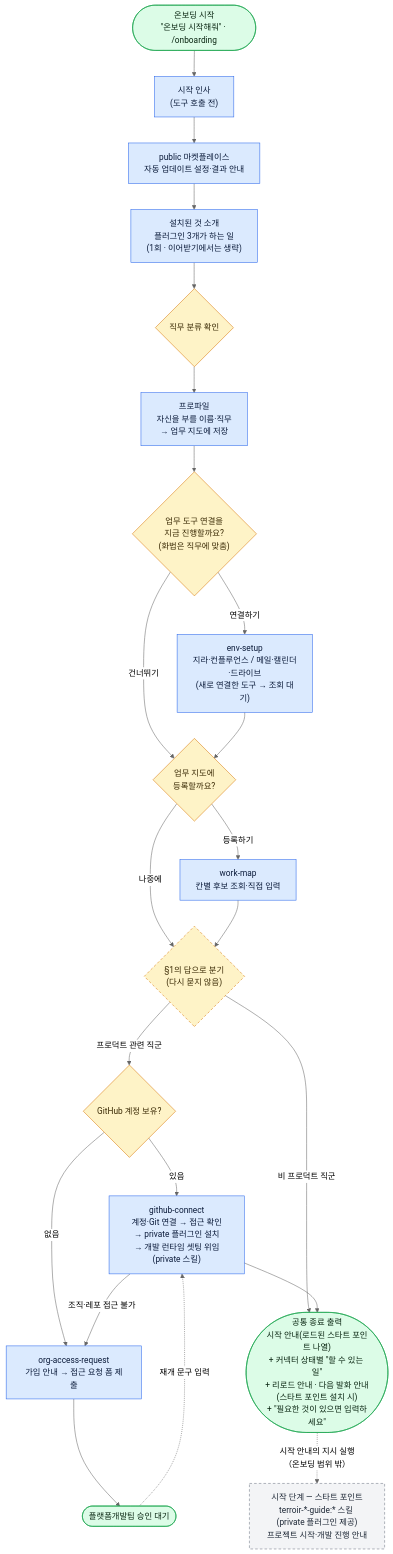
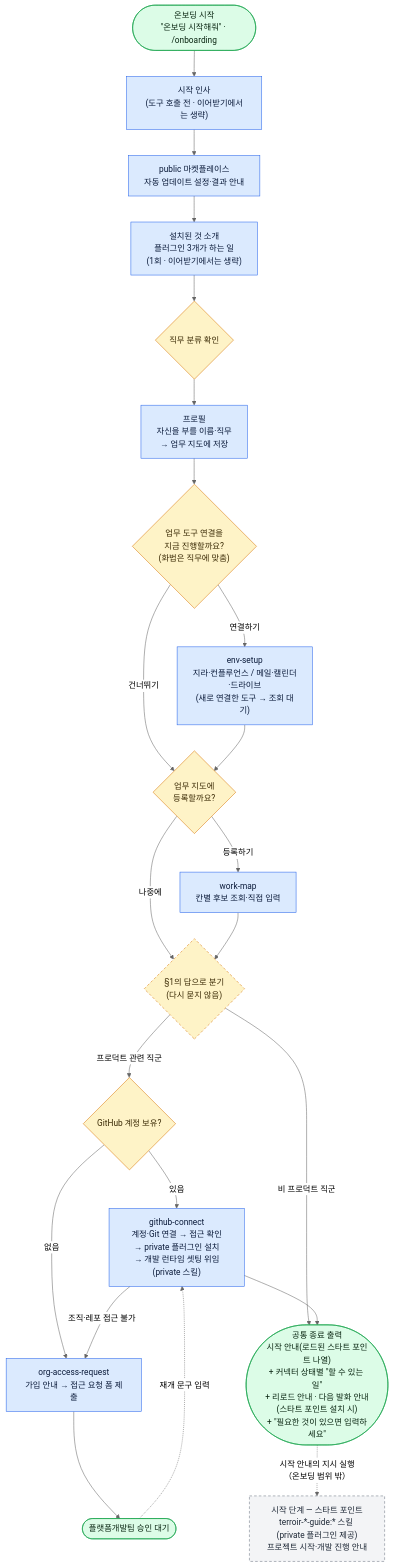
One commit to VntgCorp/terroir-claude-plugin-public changed the diagram in plugins/terroir-onboarding/README.md. Above: the diagram before and after it, drawn with Mermaid (neutral theme). The commit also changed other lines of this file and 8 other files, not shown here.

````diff
--- a/plugins/terroir-onboarding/README.md
+++ b/plugins/terroir-onboarding/README.md
@@ -50,59 +50,59 @@
 ```mermaid
 flowchart TD
     START(["온보딩 시작<br/>&quot;온보딩 시작해줘&quot; · /onboarding"])
-    HELLO["시작 인사<br/>(도구 호출 전)"]
+    HELLO["시작 인사<br/>(도구 호출 전 · 이어받기에서는 생략)"]
     AUTO["public 마켓플레이스<br/>자동 업데이트 설정·결과 안내"]
     INTRO["설치된 것 소개<br/>플러그인 3개가 하는 일<br/>(1회 · 이어받기에서는 생략)"]
 
     Q1{"직무 분류 확인"}
-    PROF["프로파일<br/>자신을 부를 이름·직무<br/>→ 업무 지도에 저장"]
+    PROF["프로필<br/>자신을 부를 이름·직무<br/>→ 업무 지도에 저장"]
     Q2{"업무 도구 연결을<br/>지금 진행할까요?<br/>(화법은 직무에 맞춤)"}
     ENV["env-setup<br/>지라·컨플루언스 / 메일·캘린더·드라이브<br/>(새로 연결한 도구 → 조회 대기)"]
     QM{"업무 지도에<br/>등록할까요?"}
     MAP["work-map<br/>칸별 후보 조회·직접 입력"]
     BR{"§1의 답으로 분기<br/>(다시 묻지 않음)"}
     Q3{"GitHub 계정 보유?"}
 
     GH["github-connect<br/>계정·Git 연결 → 접근 확인<br/>→ private 플러그인 설치<br/>→ 개발 런타임 셋팅 위임(private 스킬)"]
     OA["org-access-request<br/>가입 안내 → 접근 요청 폼 제출"]
     WAIT(["플랫폼개발팀 승인 대기"])
 
     END(["공통 종료 출력<br/>시작 안내(로드된 스타트 포인트 나열)<br/>+ 커넥터 상태별 &quot;할 수 있는 일&quot;<br/>+ 리로드 안내 · 다음 발화 안내(스타트 포인트 설치 시)<br/>+ &quot;필요한 것이 있으면 입력하세요&quot;"])
     SP["시작 단계 — 스타트 포인트<br/>terroir-*-guide:* 스킬 (private 플러그인 제공)<br/>프로젝트 시작·개발 진행 안내"]
 
     START --> HELLO
     HELLO --> AUTO
     AUTO --> INTRO
     INTRO --> Q1
     Q1 --> PROF
     PROF --> Q2
     Q2 -->|연결하기| ENV
     Q2 -->|건너뛰기| QM
     ENV --> QM
     QM -->|등록하기| MAP
     QM -->|나중에| BR
     MAP --> BR
 
     BR -->|프로덕트 관련 직군| Q3
     BR -->|비 프로덕트 직군| END
 
     Q3 -->|있음| GH
     Q3 -->|없음| OA
     GH -->|조직·레포 접근 불가| OA
     OA --> WAIT
     WAIT -.->|재개 문구 입력| GH
 
     GH --> END
     END -.->|시작 안내의 지시 실행<br/>（온보딩 범위 밖）| SP
 
     classDef skill fill:#dbeafe,stroke:#2563eb,color:#0b1b3a
     classDef gate fill:#fef3c7,stroke:#d97706,color:#3a2a05
     classDef term fill:#dcfce7,stroke:#16a34a,color:#0a2612
     classDef branch fill:#fef3c7,stroke:#d97706,color:#3a2a05,stroke-dasharray:5 4
     classDef ext fill:#f3f4f6,stroke:#6b7280,color:#1f2937,stroke-dasharray:5 4
     class HELLO,AUTO,INTRO,PROF,ENV,MAP,GH,OA skill
     class Q1,Q2,QM,Q3 gate
     class BR branch
     class START,END,WAIT term
     class SP ext
 ```
````
